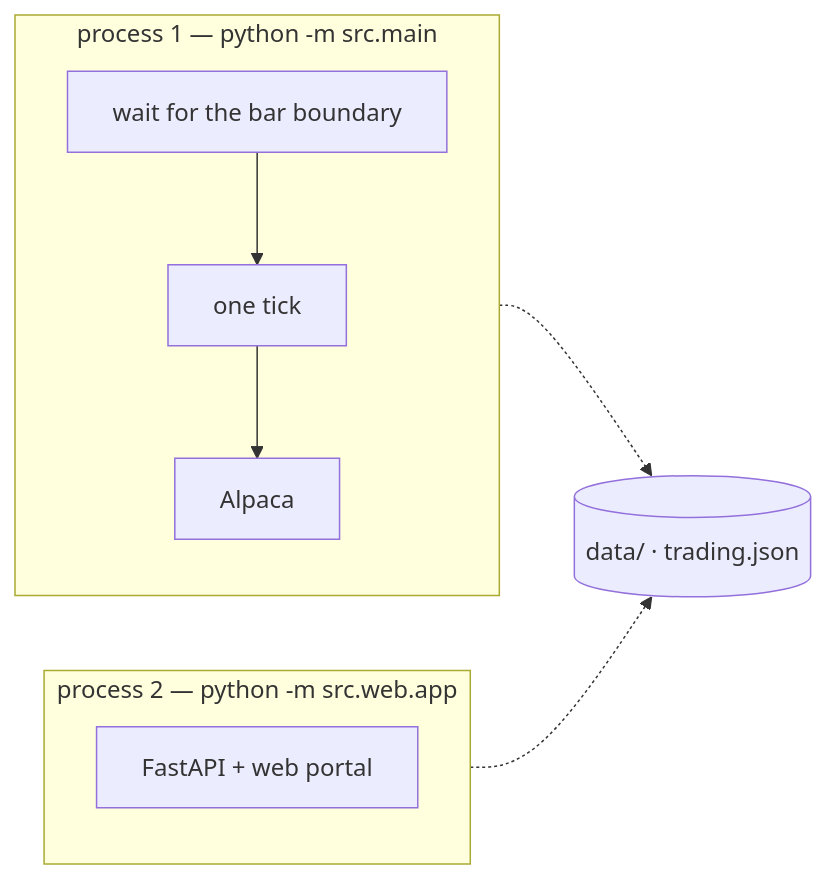
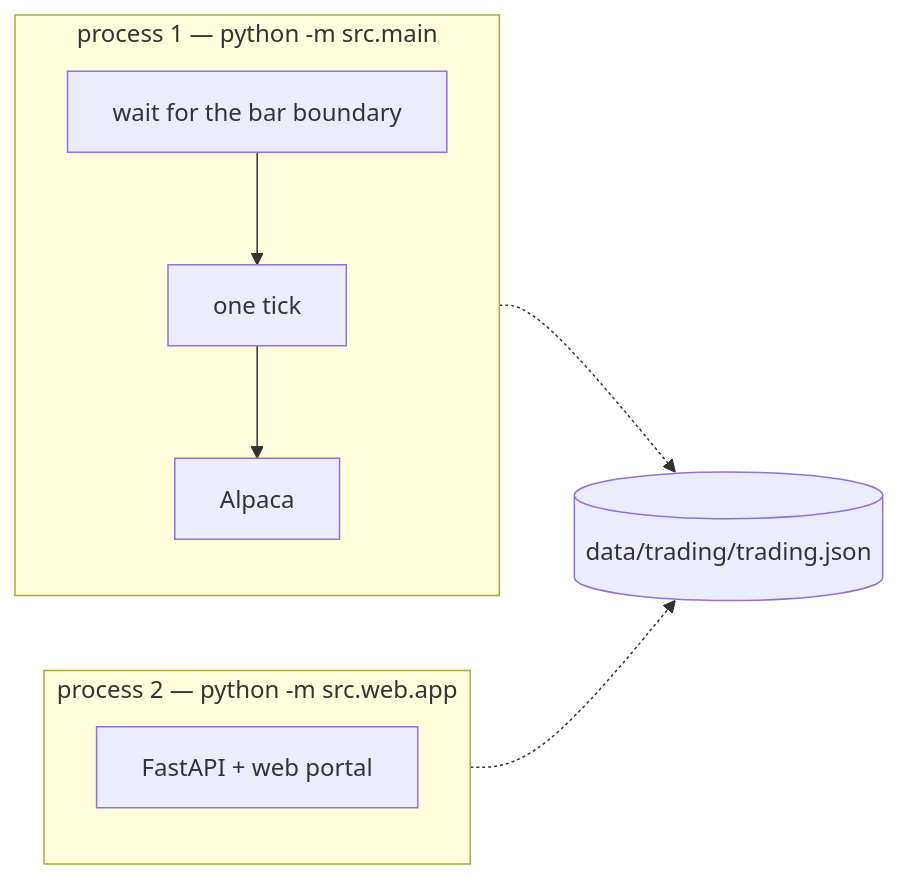
The first of 2 diagrams in README.md (hi77er/traider), drawn with Mermaid before and after one commit. The commit also changed other lines of this file and 14 other files, not shown here.

First line of the commit message:
Give the trading switch a folder of its own: data/trading/trading.json

````diff
--- a/README.md
+++ b/README.md
@@ -78,11 +78,11 @@
 ```mermaid
 flowchart LR
     subgraph loop["process 1 — python -m src.main"]
         A[wait for the bar boundary] --> T[one tick] --> B[Alpaca]
     end
     subgraph dash["process 2 — python -m src.web.app"]
         W[FastAPI + web portal]
     end
-    loop -.-> F[("data/ · trading.json")]
+    loop -.-> F[("data/trading/trading.json")]
     dash -.-> F
 ```
````
